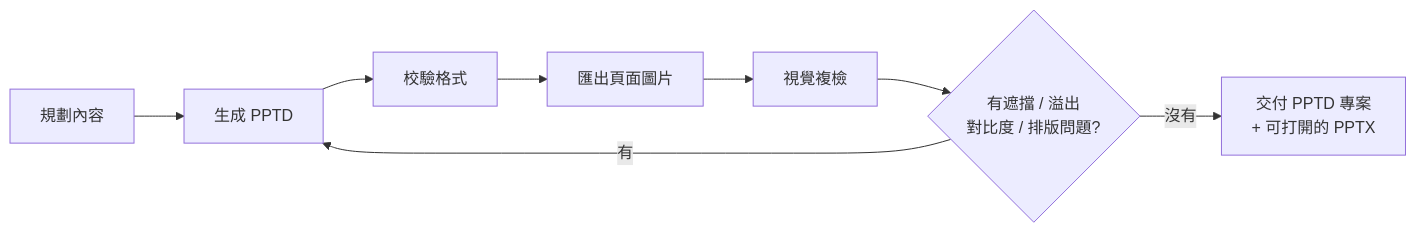
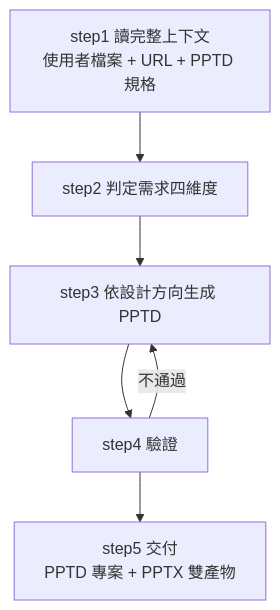
The second of 2 diagrams in technology/ai-agents/foundations/agent-skill-three-layer-run-do-verify.md (shooter2062424/Knowledge), drawn with Mermaid before and after one commit. The commit also changed other lines of this file and 1 other file, not shown here.

````diff
--- a/technology/ai-agents/foundations/agent-skill-three-layer-run-do-verify.md
+++ b/technology/ai-agents/foundations/agent-skill-three-layer-run-do-verify.md
@@ -241,10 +256,9 @@
 ```mermaid
-flowchart LR
-    A["規劃內容"] --> B["生成 PPTD"]
-    B --> C["校驗格式"]
-    C --> D["匯出頁面圖片"]
-    D --> E["視覺複檢"]
-    E --> F{"有遮擋 / 溢出<br/>對比度 / 排版問題?"}
-    F -->|"有"| B
-    F -->|"沒有"| G["交付 PPTD 專案<br/>+ 可打開的 PPTX"]
+flowchart TB
+    S1["step1 讀完整上下文<br/>使用者檔案 + URL + PPTD 規格"] --> S2
+    S2["step2 判定需求四維度"] --> S3
+    S3["step3 依設計方向生成 PPTD"] --> S4
+    S4["step4 驗證"] --> S5
+    S5["step5 交付<br/>PPTD 專案 + PPTX 雙產物"]
+    S4 -->|"不通過"| S3
 ```
````
